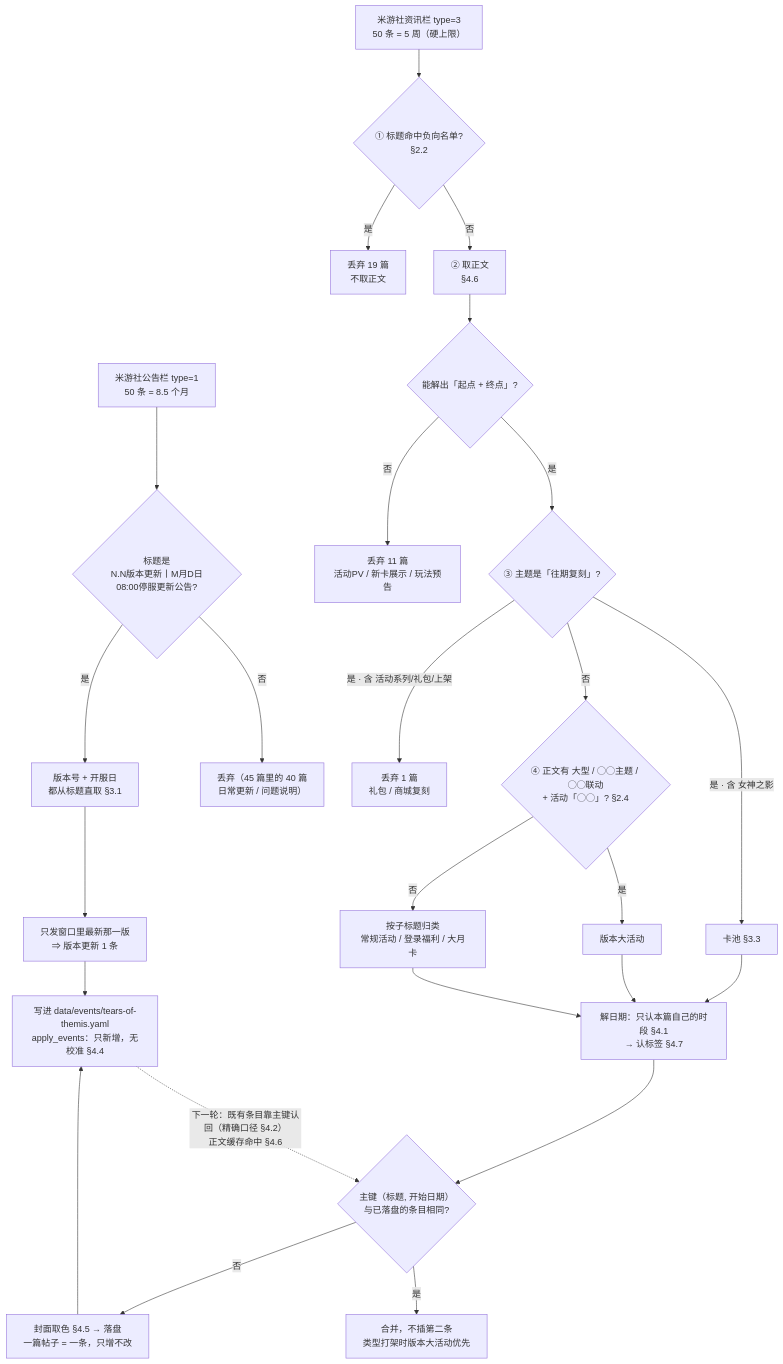
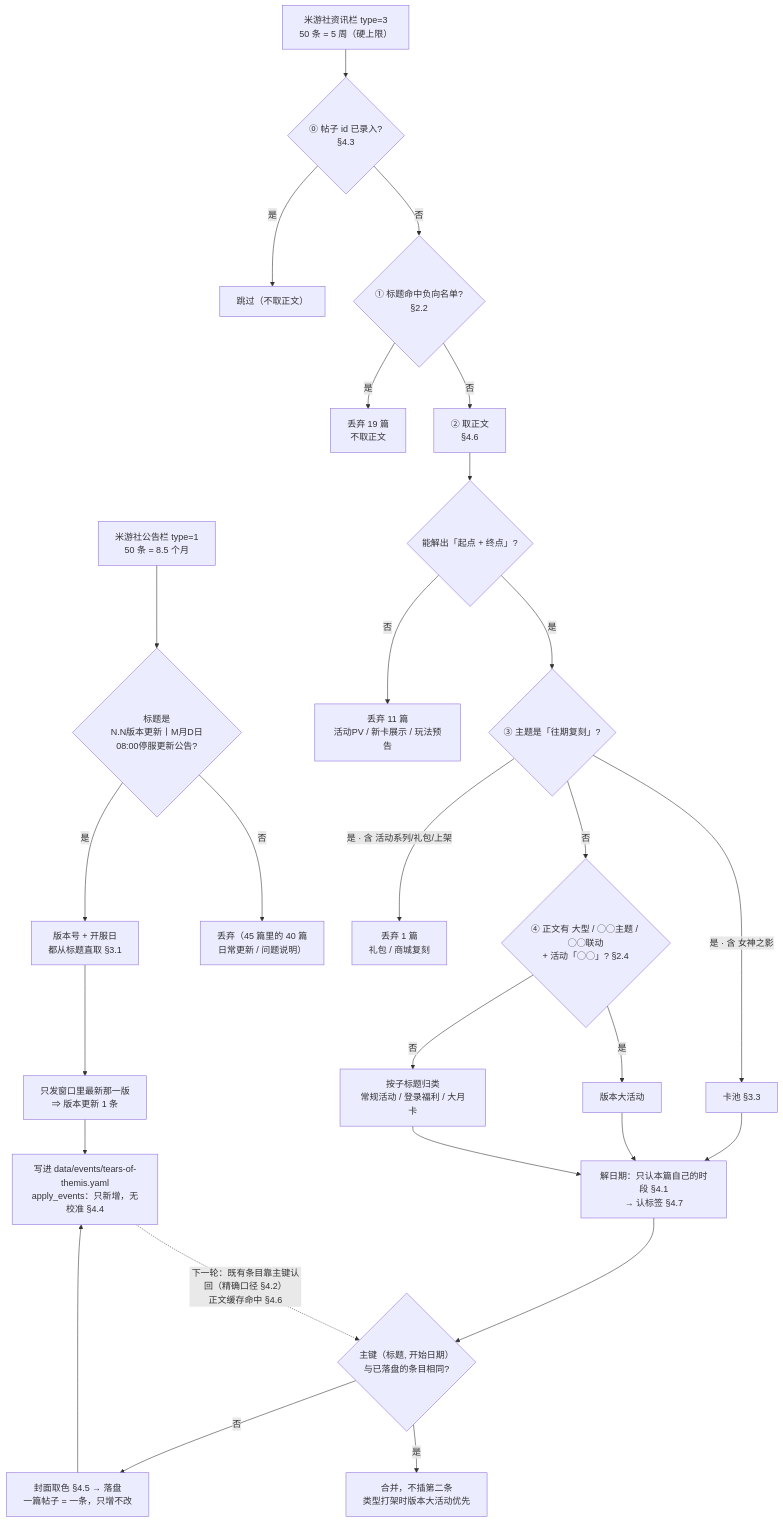
The first of 7 diagrams in tools/editor/themis/RULES.md (autummu2/HoyoCalendar), drawn with Mermaid before and after one commit. The commit also changed other lines of this file and 3 other files, not shown here.

````diff
--- a/tools/editor/themis/RULES.md
+++ b/tools/editor/themis/RULES.md
@@ -57,28 +58,30 @@
 ```mermaid
 flowchart TD
     A1["米游社公告栏 type=1<br/>50 条 = 8.5 个月"] --> A2{"标题是<br/>N.N版本更新丨M月D日08:00停服更新公告?"}
     A2 -- "是" --> A3["版本号 + 开服日<br/>都从标题直取 §3.1"]
     A2 -- "否" --> A4["丢弃（45 篇里的 40 篇<br/>日常更新 / 问题说明）"]
     A3 --> A5["只发窗口里最新那一版<br/>⇒ 版本更新 1 条"]
 
-    B1["米游社资讯栏 type=3<br/>50 条 = 5 周（硬上限）"] --> B2{"① 标题命中负向名单?<br/>§2.2"}
+    B1["米游社资讯栏 type=3<br/>50 条 = 5 周（硬上限）"] --> B0{"⓪ 帖子 id 已录入?<br/>§4.3"}
+    B0 -- "是" --> B0a["跳过（不取正文）"]
+    B0 -- "否" --> B2{"① 标题命中负向名单?<br/>§2.2"}
     B2 -- "是" --> B3["丢弃 19 篇<br/>不取正文"]
     B2 -- "否" --> B4["② 取正文<br/>§4.6"]
     B4 --> B5{"能解出「起点 + 终点」?"}
     B5 -- "否" --> B6["丢弃 11 篇<br/>活动PV / 新卡展示 / 玩法预告"]
     B5 -- "是" --> B7{"③ 主题是「往期复刻」?"}
     B7 -- "是 · 含 女神之影" --> B8["卡池 §3.3"]
     B7 -- "是 · 含 活动系列/礼包/上架" --> B9["丢弃 1 篇<br/>礼包 / 商城复刻"]
     B7 -- "否" --> B10{"④ 正文有 大型 / ◯◯主题 / ◯◯联动<br/>+ 活动「◯◯」? §2.4"}
     B10 -- "是" --> B11["版本大活动"]
     B10 -- "否" --> B12["按子标题归类<br/>常规活动 / 登录福利 / 大月卡"]
     B8 --> C1["解日期：只认本篇自己的时段 §4.1<br/>→ 认标签 §4.7"]
     B11 --> C1
     B12 --> C1
     C1 --> D1{"主键（标题, 开始日期）<br/>与已落盘的条目相同?"}
     D1 -- "否" --> D2["封面取色 §4.5 → 落盘<br/>一篇帖子 = 一条，只增不改"]
     D1 -- "是" --> D3["合并，不插第二条<br/>类型打架时版本大活动优先"]
     A5 --> D4["写进 data/events/tears-of-themis.yaml<br/>apply_events：只新增，无校准 §4.4"]
     D2 --> D4
     D4 -.->|"下一轮：既有条目靠主键认回（精确口径 §4.2）<br/>正文缓存命中 §4.6"| D1
 ```
````
